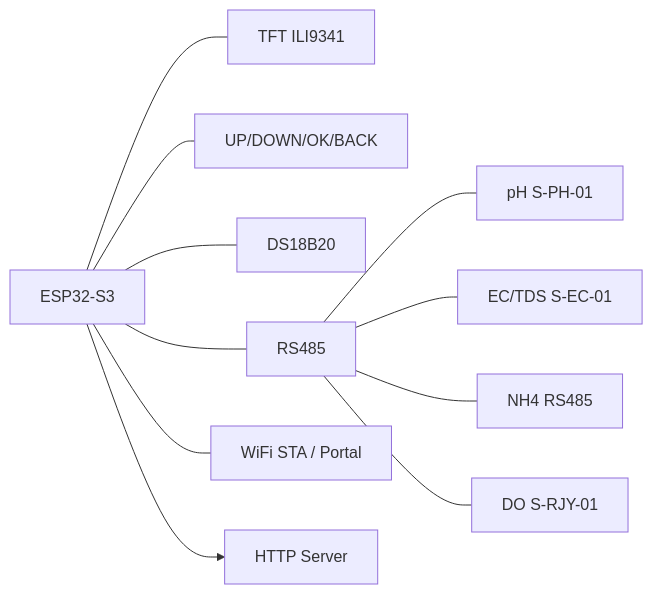
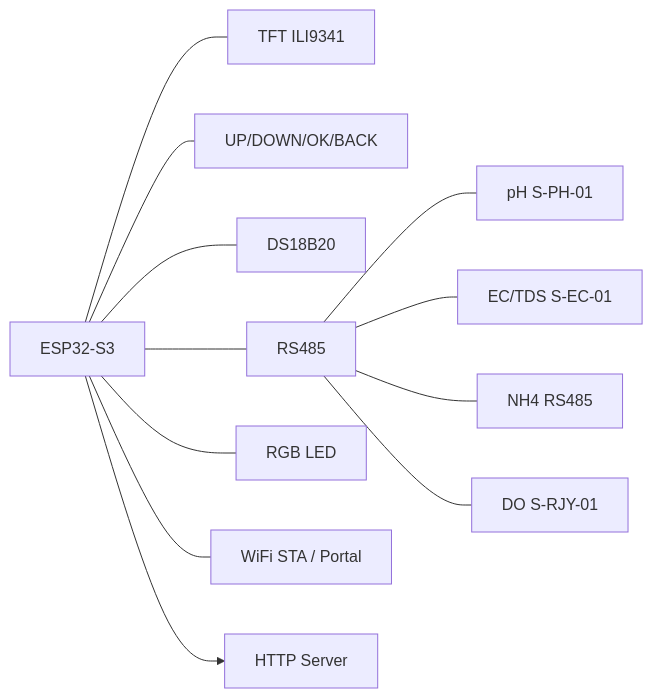
One commit to Frey210/aquanotes-triangle changed the second of 3 diagrams in README.md. Above: the diagram before and after it, drawn with Mermaid. The commit also changed other lines of this file and 2 other files, not shown here.

Commit message:
Update UI menu and add RGB LED indicator

````diff
--- a/README.md
+++ b/README.md
@@ -81,13 +95,14 @@
 ```mermaid
 graph LR
   MCU[ESP32-S3] --- TFT[TFT ILI9341]
   MCU --- Buttons[UP/DOWN/OK/BACK]
   MCU --- DS18B20
   MCU --- RS485
+  MCU --- RGBLED[RGB LED]
   RS485 --- PH[pH S-PH-01]
   RS485 --- EC[EC/TDS S-EC-01]
   RS485 --- NH4[NH4 RS485]
   RS485 --- DO[DO S-RJY-01]
   MCU --- WiFi[WiFi STA / Portal]
   MCU --> Server[HTTP Server]
 ```
````
